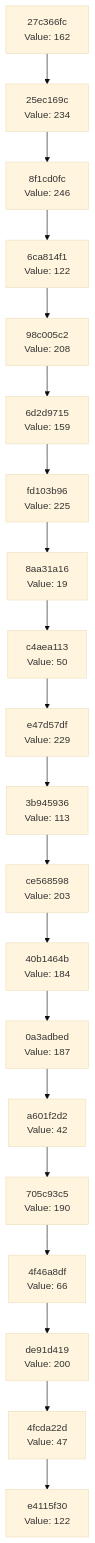
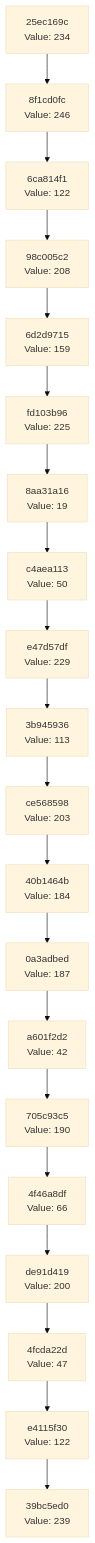
Before and after one commit to Abhisheksinha1506/hash-chain-evolver: the diagram in docs/CHAIN_VISUALIZATION.md, drawn with Mermaid (base theme). The commit also changed 2 other files, not shown here.

Commit message:
Evolution Step

````diff
--- a/docs/CHAIN_VISUALIZATION.md
+++ b/docs/CHAIN_VISUALIZATION.md
@@ -3,42 +3,42 @@
 ```mermaid
 graph TD
-    C0["e4115f30<br/>Value: 122"]
-    C1["4fcda22d<br/>Value: 47"]
+    C0["39bc5ed0<br/>Value: 239"]
+    C1["e4115f30<br/>Value: 122"]
     C1 --> C0
-    C2["de91d419<br/>Value: 200"]
+    C2["4fcda22d<br/>Value: 47"]
     C2 --> C1
-    C3["4f46a8df<br/>Value: 66"]
+    C3["de91d419<br/>Value: 200"]
     C3 --> C2
-    C4["705c93c5<br/>Value: 190"]
+    C4["4f46a8df<br/>Value: 66"]
     C4 --> C3
-    C5["a601f2d2<br/>Value: 42"]
+    C5["705c93c5<br/>Value: 190"]
     C5 --> C4
-    C6["0a3adbed<br/>Value: 187"]
+    C6["a601f2d2<br/>Value: 42"]
     C6 --> C5
-    C7["40b1464b<br/>Value: 184"]
+    C7["0a3adbed<br/>Value: 187"]
     C7 --> C6
-    C8["ce568598<br/>Value: 203"]
+    C8["40b1464b<br/>Value: 184"]
     C8 --> C7
-    C9["3b945936<br/>Value: 113"]
+    C9["ce568598<br/>Value: 203"]
     C9 --> C8
-    C10["e47d57df<br/>Value: 229"]
+    C10["3b945936<br/>Value: 113"]
     C10 --> C9
-    C11["c4aea113<br/>Value: 50"]
+    C11["e47d57df<br/>Value: 229"]
     C11 --> C10
-    C12["8aa31a16<br/>Value: 19"]
+    C12["c4aea113<br/>Value: 50"]
     C12 --> C11
-    C13["fd103b96<br/>Value: 225"]
+    C13["8aa31a16<br/>Value: 19"]
     C13 --> C12
-    C14["6d2d9715<br/>Value: 159"]
+    C14["fd103b96<br/>Value: 225"]
     C14 --> C13
-    C15["98c005c2<br/>Value: 208"]
+    C15["6d2d9715<br/>Value: 159"]
     C15 --> C14
-    C16["6ca814f1<br/>Value: 122"]
+    C16["98c005c2<br/>Value: 208"]
     C16 --> C15
-    C17["8f1cd0fc<br/>Value: 246"]
+    C17["6ca814f1<br/>Value: 122"]
     C17 --> C16
-    C18["25ec169c<br/>Value: 234"]
+    C18["8f1cd0fc<br/>Value: 246"]
     C18 --> C17
-    C19["27c366fc<br/>Value: 162"]
+    C19["25ec169c<br/>Value: 234"]
     C19 --> C18
 ```
````
